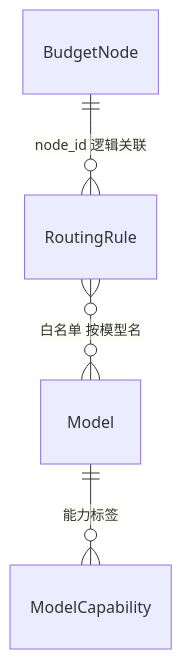
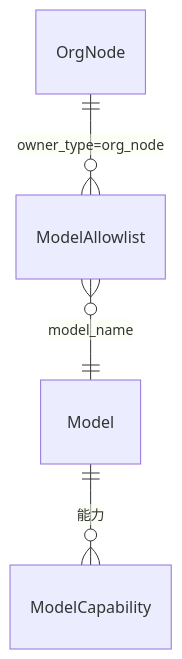
Before and after one commit to quyip8818/mytokenjoy: the sixth of 10 diagrams in docs/Backend-存储架构.md, drawn with Mermaid. The commit also changed other lines of this file and 132 other files, not shown here.

````diff
--- a/docs/Backend-存储架构.md
+++ b/docs/Backend-存储架构.md
@@ -225,6 +155,6 @@
 ```mermaid
 erDiagram
-  Model ||--o{ ModelCapability : "能力标签"
-  BudgetNode ||--o{ RoutingRule : "node_id 逻辑关联"
-  RoutingRule }o--o{ Model : "白名单 按模型名"
+  Model ||--o{ ModelCapability : "能力"
+  OrgNode ||--o{ ModelAllowlist : "owner_type=org_node"
+  ModelAllowlist }o--|| Model : "model_name"
 ```
````
